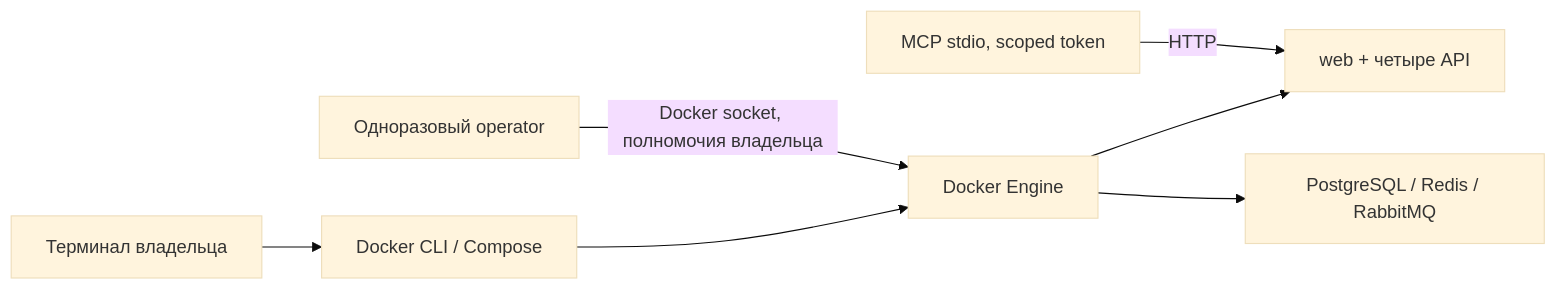
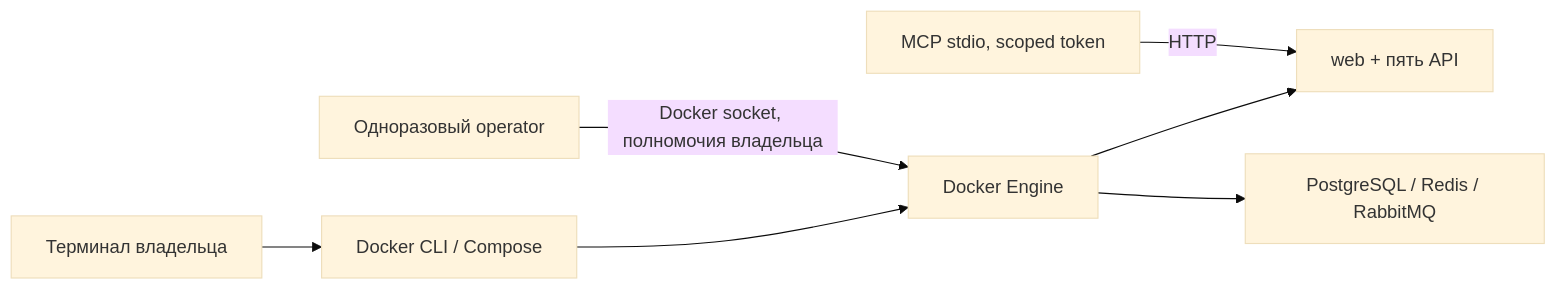
One commit to Bosbobos/Crucible changed the diagram in docs/deployment.md. Above: the diagram before and after it, drawn with Mermaid (base theme). The commit also changed other lines of this file and 654 other files, not shown here.

````diff
--- a/docs/deployment.md
+++ b/docs/deployment.md
@@ -22,9 +22,9 @@
 ```mermaid
 flowchart LR
     Shell[Терминал владельца] --> CLI[Docker CLI / Compose]
     CLI --> Engine[Docker Engine]
-    Engine --> App[web + четыре API]
+    Engine --> App[web + пять API]
     Engine --> Data[PostgreSQL / Redis / RabbitMQ]
     Op[Одноразовый operator] -->|Docker socket, полномочия владельца| Engine
     MCP[MCP stdio, scoped token] -->|HTTP| App
 ```
````
